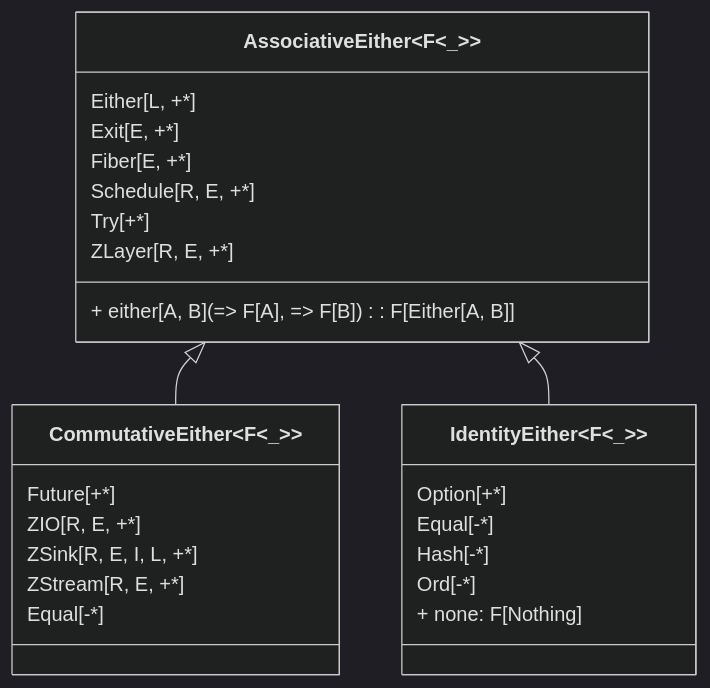
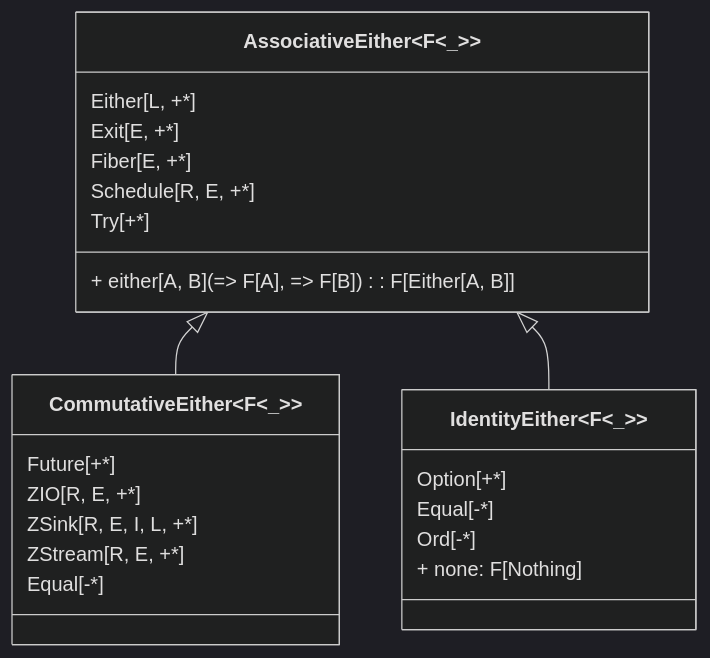
One commit to zio/zio-prelude changed the fifth of 8 diagrams in docs/functional-abstractions/abstraction-diagrams.md. Above: the diagram before and after it, drawn with Mermaid (dark theme). The commit also changed other lines of this file and 59 other files, not shown here.

````diff
--- a/docs/functional-abstractions/abstraction-diagrams.md
+++ b/docs/functional-abstractions/abstraction-diagrams.md
@@ -249,30 +246,28 @@
 ```mermaid
 classDiagram
   AssociativeEither~F<_>~ <|-- CommutativeEither~F<_>~
   AssociativeEither~F<_>~ <|-- IdentityEither~F<_>~
   class AssociativeEither~F<_>~{
     Either[L, +*]
     Exit[E, +*]
     Fiber[E, +*]
     Schedule[R, E, +*]
     Try[+*]
-    ZLayer[R, E, +*]
     
     + either[A, B](=> F[A], => F[B]): F[Either[A, B]]
   }
   class CommutativeEither~F<_>~{
     Future[+*]
     ZIO[R, E, +*] 
     ZSink[R, E, I, L, +*]
     ZStream[R, E, +*]
     Equal[-*]
   }
   class IdentityEither~F<_>~{
     Option[+*]
     Equal[-*]
-    Hash[-*]
     Ord[-*]
 
     + none: F[Nothing]
   }
 ```
````
